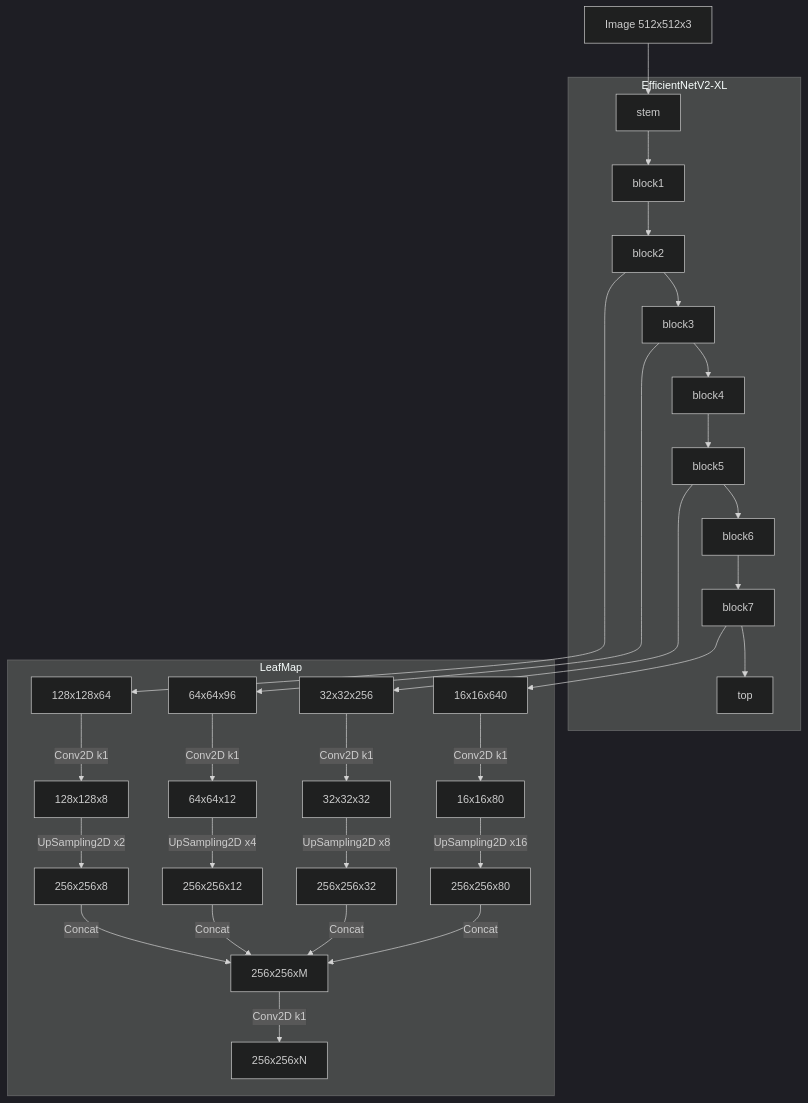
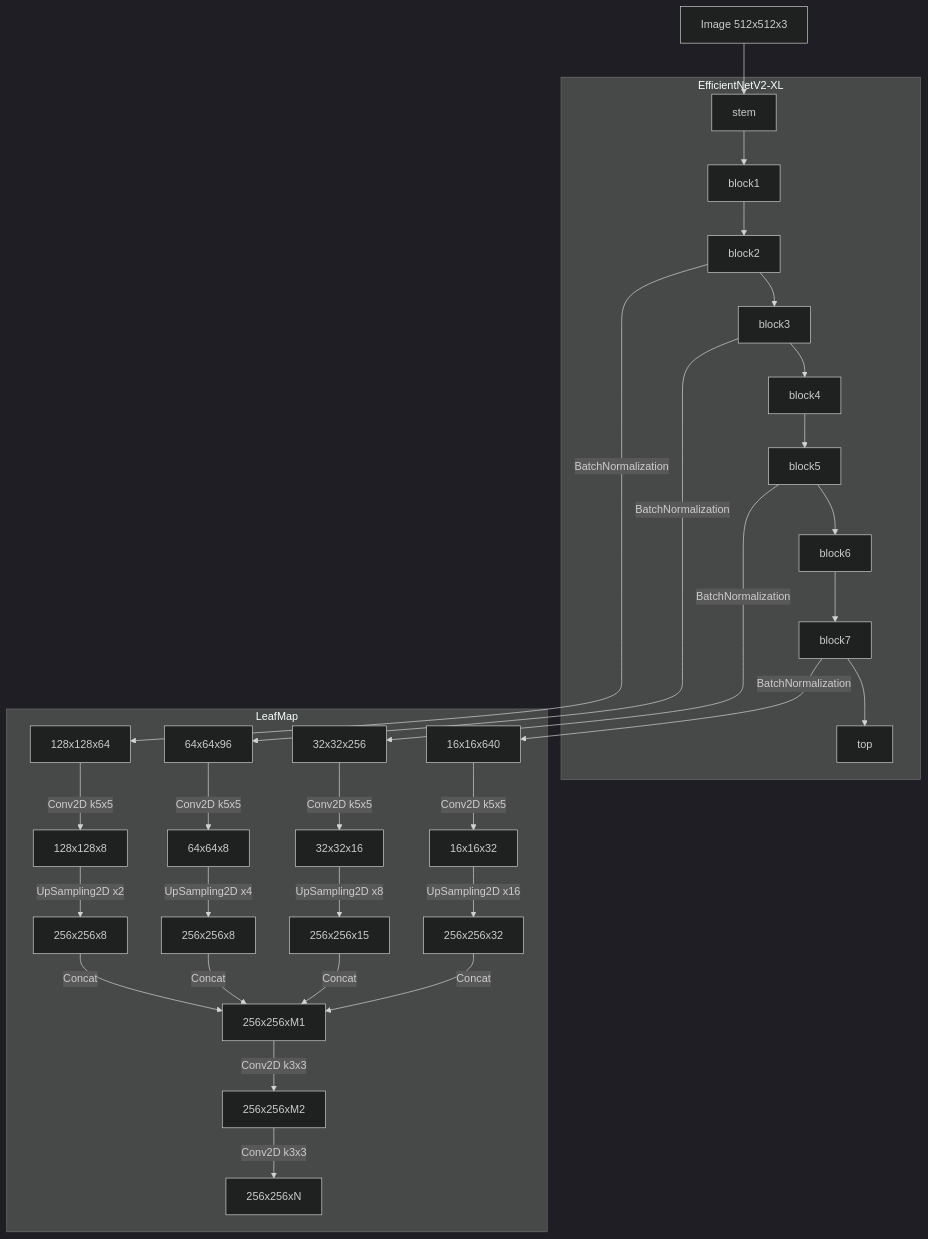
The first of 2 diagrams in README.md (lithium0003/findtextCenterNet), drawn with Mermaid (dark theme) before and after one commit. The commit also changed other lines of this file, not shown here.

````diff
--- a/README.md
+++ b/README.md
@@ -28,26 +28,26 @@
 ```mermaid
   flowchart TD;
       Input[Image 512x512x3]-->stem;
       subgraph EfficientNetV2-XL;
         stem-->block1;
         block1-->block2;
         block2-->block3;
         block3-->block4;
         block4-->block5;
         block5-->block6;
         block6-->block7;
         block7-->top;
       end;
-      block7 --> P5_in[16x16x640];
-      block5 --> P4_in[32x32x256];
-      block3 --> P3_in[64x64x96];
-      block2 --> P2_in[128x128x64];
+      block7 -- BatchNormalization --> P5_in[16x16x640];
+      block5 -- BatchNormalization --> P4_in[32x32x256];
+      block3 -- BatchNormalization --> P3_in[64x64x96];
+      block2 -- BatchNormalization --> P2_in[128x128x64];
       subgraph LeafMap;
-        P5_in -- Conv2D k1 --> P5[16x16x80] -- UpSampling2D x16 --> P5_out[256x256x80];
-        P4_in -- Conv2D k1 --> P4[32x32x32] -- UpSampling2D x8 --> P4_out[256x256x32];
-        P3_in -- Conv2D k1 --> P3[64x64x12] -- UpSampling2D x4 --> P3_out[256x256x12];
-        P2_in -- Conv2D k1 --> P2[128x128x8] -- UpSampling2D x2 --> P2_out[256x256x8];
-        P5_out & P4_out & P3_out & P2_out -- Concat --> top_out[256x256xM] -- Conv2D k1 --> LeafOut[256x256xN];
+        P5_in -- Conv2D k5x5 --> P5[16x16x32] -- UpSampling2D x16 --> P5_out[256x256x32];
+        P4_in -- Conv2D k5x5 --> P4[32x32x16] -- UpSampling2D x8 --> P4_out[256x256x15];
+        P3_in -- Conv2D k5x5 --> P3[64x64x8] -- UpSampling2D x4 --> P3_out[256x256x8];
+        P2_in -- Conv2D k5x5 --> P2[128x128x8] -- UpSampling2D x2 --> P2_out[256x256x8];
+        P5_out & P4_out & P3_out & P2_out -- Concat --> top_1[256x256xM1] -- Conv2D k3x3 --> top_2[256x256xM2] -- Conv2D k3x3 --> LeafOut[256x256xN];
       end;
 
 ```
````
